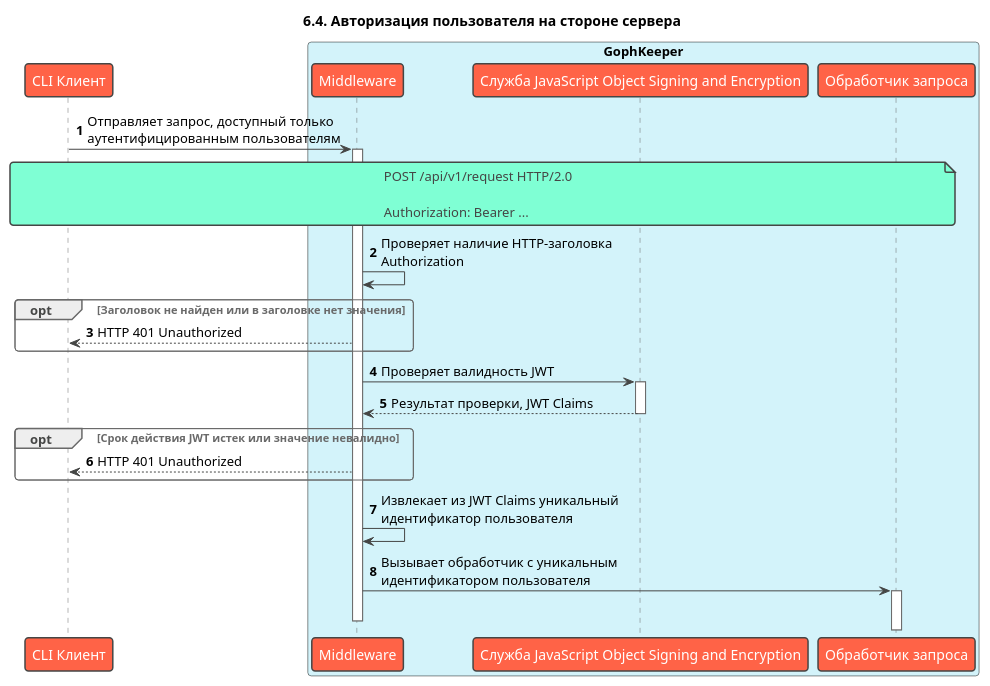
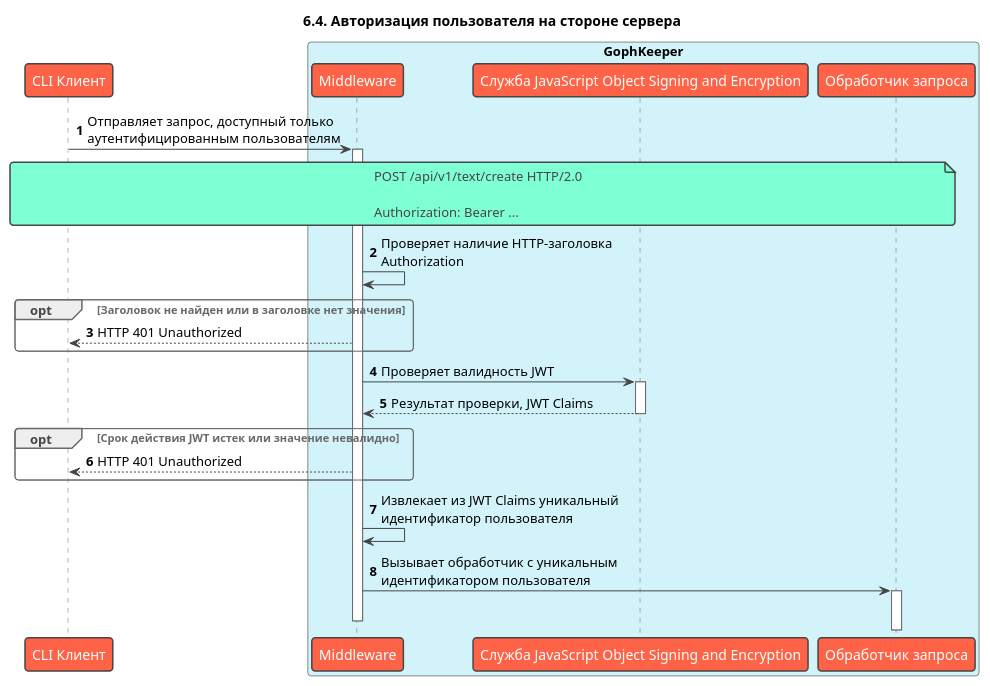
Before and after one commit to Nickolasll/GophKeeper: the diagram in docs/arc42/6. Runtime View/6.4 Server Auth Middleware.puml, drawn with PlantUML. The commit also changed 1 other file, not shown here.

```diff
--- a/docs/arc42/6. Runtime View/6.4 Server Auth Middleware.puml
+++ b/docs/arc42/6. Runtime View/6.4 Server Auth Middleware.puml
@@ -1,35 +1,35 @@
 @startuml
 !theme vibrant
 title: 6.4. Авторизация пользователя на стороне сервера
 skinparam maxMessageSize 300
 autonumber
 
 participant "CLI Клиент" as client
 box "GophKeeper" #d3f3fa
     participant "Middleware" as middleware
     participant "Служба JavaScript Object Signing and Encryption" as jose
     participant "Обработчик запроса" as handler
 end box
 
 client -> middleware ++ : Отправляет запрос, доступный только аутентифицированным пользователям
 note over client, handler
-    POST /api/v1/request HTTP/2.0
+    POST /api/v1/text/create HTTP/2.0
     
     Authorization: Bearer ...
 end note
 
 middleware -> middleware: Проверяет наличие HTTP-заголовка Authorization
 opt Заголовок не найден или в заголовке нет значения
     middleware --> client: HTTP 401 Unauthorized
 end
 
 middleware -> jose ++: Проверяет валидность JWT
 return Результат проверки, JWT Claims
 opt Срок действия JWT истек или значение невалидно
     middleware --> client: HTTP 401 Unauthorized
 end
 
 middleware -> middleware: Извлекает из JWT Claims уникальный идентификатор пользователя
 middleware -> handler ++ : Вызывает обработчик с уникальным идентификатором пользователя
 deactivate middleware
 @enduml
```
